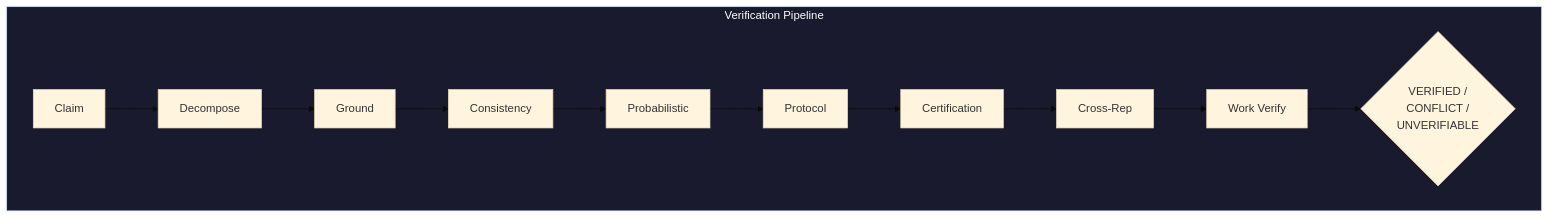
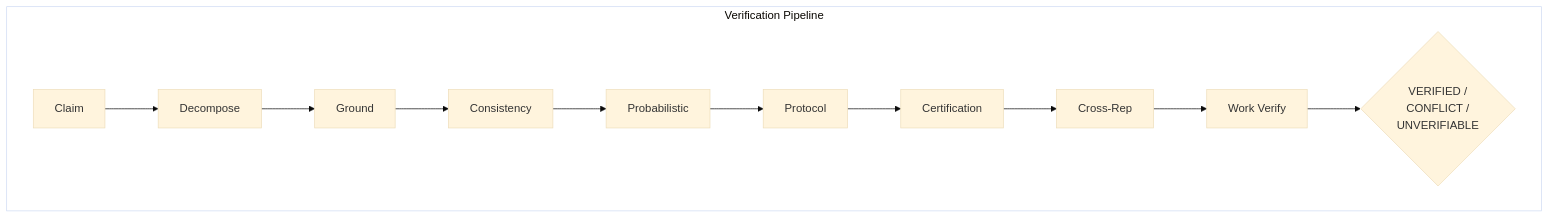
Before and after one commit to fabio-rovai/tardygrada: the first of 4 diagrams in README.md, drawn with Mermaid (base theme). The commit also changed other lines of this file, not shown here.

Commit message:
docs: transparent backgrounds on mermaid diagrams

````diff
--- a/README.md
+++ b/README.md
@@ -153,17 +153,17 @@
 ```mermaid
 graph LR
     subgraph Pipeline["Verification Pipeline"]
         direction LR
         C["Claim"] --> D["Decompose"]
         D --> G["Ground"]
         G --> CON["Consistency"]
         CON --> P["Probabilistic"]
         P --> PR["Protocol"]
         PR --> F["Certification"]
         F --> CR["Cross-Rep"]
         CR --> W["Work Verify"]
         W --> V{"VERIFIED /<br>CONFLICT /<br>UNVERIFIABLE"}
     end
 
-    style Pipeline fill:#1a1a2e,color:#fff
+    style Pipeline fill:transparent
 ```
````
